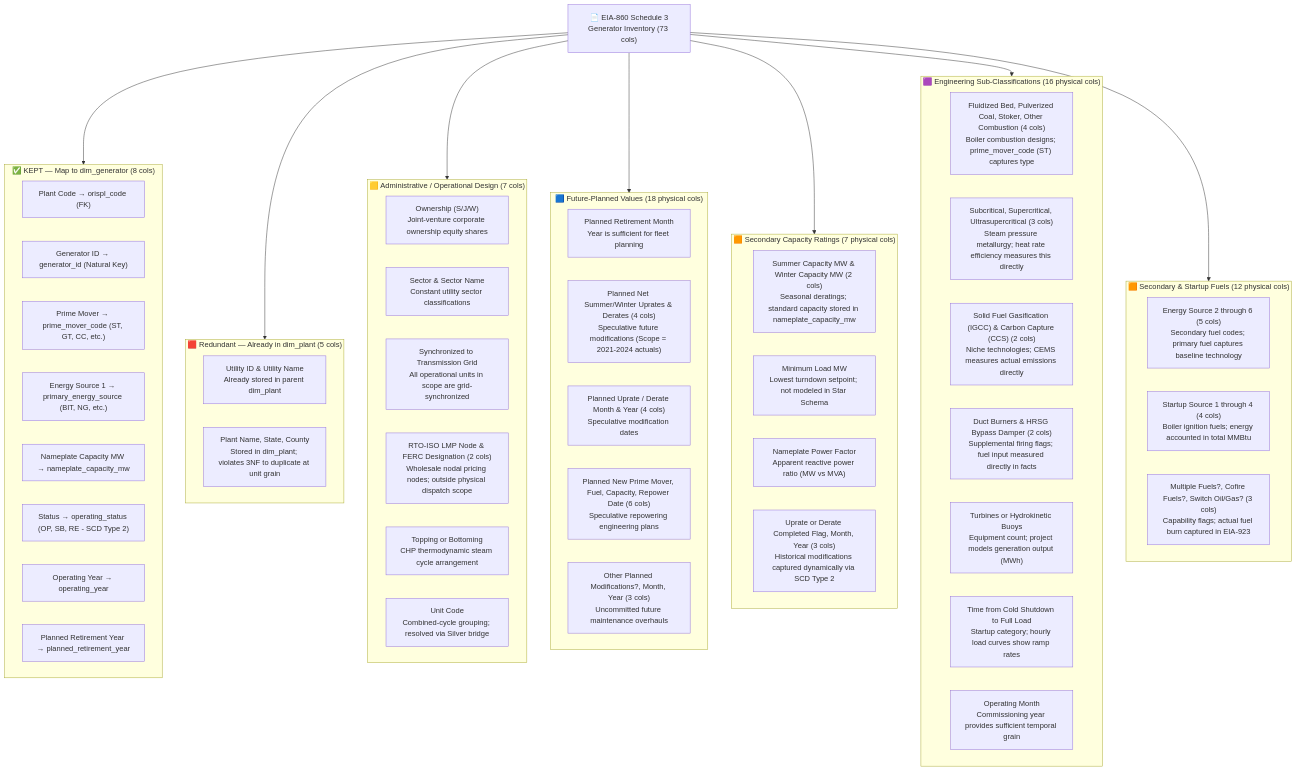
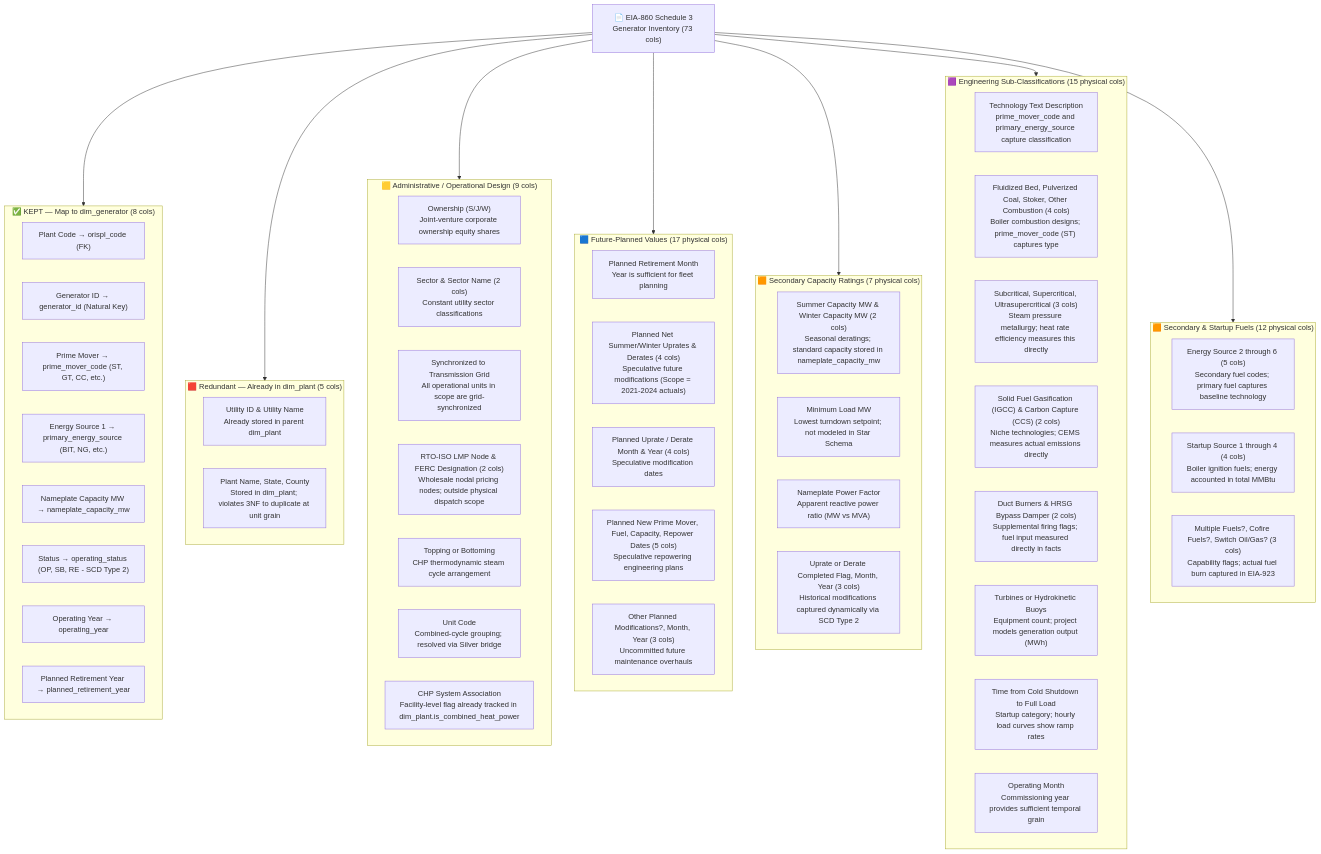
One commit to Muhammad-Ibrahim-001/Project-AEGIS changed the second of 10 diagrams in 01_Project_Documentation/column_removal_map.md. Above: the diagram before and after it, drawn with Mermaid. The commit also changed other lines of this file, not shown here.

Commit message:
docs: reconcile column removal counts and federal schedule mappings

````diff
--- a/01_Project_Documentation/column_removal_map.md
+++ b/01_Project_Documentation/column_removal_map.md
@@ -120,68 +121,70 @@
 ```mermaid
 flowchart TD
     SRC["📄 EIA-860 Schedule 3\nGenerator Inventory (73 cols)"]
 
     subgraph KEEP["✅ KEPT — Map to dim_generator (8 cols)"]
         K1["Plant Code → orispl_code (FK)"]
         K2["Generator ID → generator_id (Natural Key)"]
         K3["Prime Mover → prime_mover_code (ST, GT, CC, etc.)"]
         K4["Energy Source 1 → primary_energy_source (BIT, NG, etc.)"]
         K5["Nameplate Capacity MW → nameplate_capacity_mw"]
         K6["Status → operating_status (OP, SB, RE - SCD Type 2)"]
         K7["Operating Year → operating_year"]
         K8["Planned Retirement Year → planned_retirement_year"]
     end
 
     subgraph RED["🟥 Redundant — Already in dim_plant (5 cols)"]
         R1["Utility ID & Utility Name\nAlready stored in parent dim_plant"]
         R2["Plant Name, State, County\nStored in dim_plant; violates 3NF to duplicate at unit grain"]
     end
 
-    subgraph ADM["🟨 Administrative / Operational Design (7 cols)"]
+    subgraph ADM["🟨 Administrative / Operational Design (9 cols)"]
         A1["Ownership (S/J/W)\nJoint-venture corporate ownership equity shares"]
-        A2["Sector & Sector Name\nConstant utility sector classifications"]
+        A2["Sector & Sector Name (2 cols)\nConstant utility sector classifications"]
         A3["Synchronized to Transmission Grid\nAll operational units in scope are grid-synchronized"]
         A4["RTO-ISO LMP Node & FERC Designation (2 cols)\nWholesale nodal pricing nodes; outside physical dispatch scope"]
         A5["Topping or Bottoming\nCHP thermodynamic steam cycle arrangement"]
         A6["Unit Code\nCombined-cycle grouping; resolved via Silver bridge"]
+        A7["CHP System Association\nFacility-level flag already tracked in dim_plant.is_combined_heat_power"]
     end
 
-    subgraph FUTPL["🟦 Future-Planned Values (18 physical cols)"]
+    subgraph FUTPL["🟦 Future-Planned Values (17 physical cols)"]
         F1["Planned Retirement Month\nYear is sufficient for fleet planning"]
         F2["Planned Net Summer/Winter Uprates & Derates (4 cols)\nSpeculative future modifications (Scope = 2021-2024 actuals)"]
         F3["Planned Uprate / Derate Month & Year (4 cols)\nSpeculative modification dates"]
-        F4["Planned New Prime Mover, Fuel, Capacity, Repower Date (6 cols)\nSpeculative repowering engineering plans"]
+        F4["Planned New Prime Mover, Fuel, Capacity, Repower Dates (5 cols)\nSpeculative repowering engineering plans"]
         F5["Other Planned Modifications?, Month, Year (3 cols)\nUncommitted future maintenance overhauls"]
     end
 
     subgraph CAPAC["🟧 Secondary Capacity Ratings (7 physical cols)"]
         C1["Summer Capacity MW & Winter Capacity MW (2 cols)\nSeasonal deratings; standard capacity stored in nameplate_capacity_mw"]
         C2["Minimum Load MW\nLowest turndown setpoint; not modeled in Star Schema"]
         C3["Nameplate Power Factor\nApparent reactive power ratio (MW vs MVA)"]
         C4["Uprate or Derate Completed Flag, Month, Year (3 cols)\nHistorical modifications captured dynamically via SCD Type 2"]
     end
 
-    subgraph TECH["🟪 Engineering Sub-Classifications (16 physical cols)"]
-        T1["Fluidized Bed, Pulverized Coal, Stoker, Other Combustion (4 cols)\nBoiler combustion designs; prime_mover_code (ST) captures type"]
-        T2["Subcritical, Supercritical, Ultrasupercritical (3 cols)\nSteam pressure metallurgy; heat rate efficiency measures this directly"]
-        T3["Solid Fuel Gasification (IGCC) & Carbon Capture (CCS) (2 cols)\nNiche technologies; CEMS measures actual emissions directly"]
-        T4["Duct Burners & HRSG Bypass Damper (2 cols)\nSupplemental firing flags; fuel input measured directly in facts"]
-        T5["Turbines or Hydrokinetic Buoys\nEquipment count; project models generation output (MWh)"]
-        T6["Time from Cold Shutdown to Full Load\nStartup category; hourly load curves show ramp rates"]
-        T7["Operating Month\nCommissioning year provides sufficient temporal grain"]
+    subgraph TECH["🟪 Engineering Sub-Classifications (15 physical cols)"]
+        T1["Technology Text Description\nprime_mover_code and primary_energy_source capture classification"]
+        T2["Fluidized Bed, Pulverized Coal, Stoker, Other Combustion (4 cols)\nBoiler combustion designs; prime_mover_code (ST) captures type"]
+        T3["Subcritical, Supercritical, Ultrasupercritical (3 cols)\nSteam pressure metallurgy; heat rate efficiency measures this directly"]
+        T4["Solid Fuel Gasification (IGCC) & Carbon Capture (CCS) (2 cols)\nNiche technologies; CEMS measures actual emissions directly"]
+        T5["Duct Burners & HRSG Bypass Damper (2 cols)\nSupplemental firing flags; fuel input measured directly in facts"]
+        T6["Turbines or Hydrokinetic Buoys\nEquipment count; project models generation output (MWh)"]
+        T7["Time from Cold Shutdown to Full Load\nStartup category; hourly load curves show ramp rates"]
+        T8["Operating Month\nCommissioning year provides sufficient temporal grain"]
     end
 
     subgraph FUELS["🟧 Secondary & Startup Fuels (12 physical cols)"]
         FL1["Energy Source 2 through 6 (5 cols)\nSecondary fuel codes; primary fuel captures baseline technology"]
         FL2["Startup Source 1 through 4 (4 cols)\nBoiler ignition fuels; energy accounted in total MMBtu"]
         FL3["Multiple Fuels?, Cofire Fuels?, Switch Oil/Gas? (3 cols)\nCapability flags; actual fuel burn captured in EIA-923"]
     end
 
     SRC --> KEEP
     SRC --> RED
     SRC --> ADM
     SRC --> FUTPL
     SRC --> CAPAC
     SRC --> TECH
     SRC --> FUELS
 ```
````
